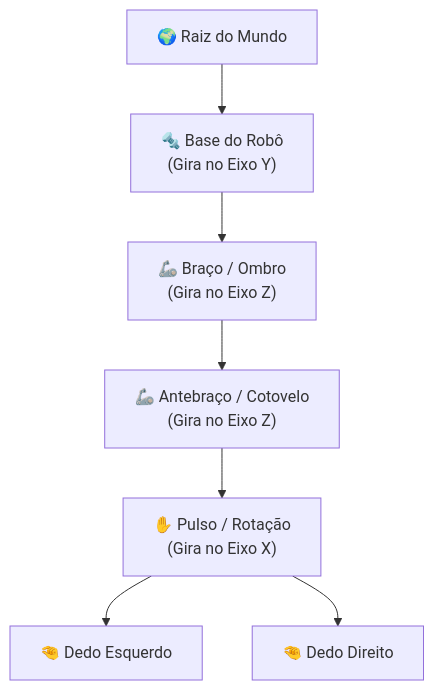
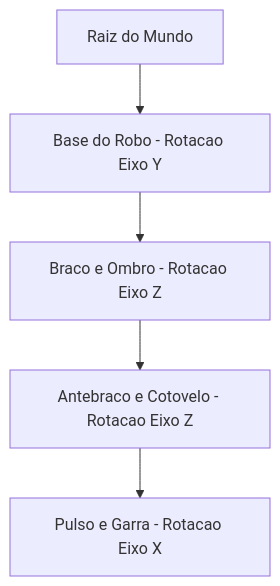
The diagram in docs/src/content/docs/hierarquia/grafos-de-cena-e-teoria.md (Gabriel-Freitas-S/CGPDI.StudyLab), drawn with Mermaid before and after one commit. The commit also changed other lines of this file and 35 other files, not shown here.

Commit message:
docs: aprimorar linguagem didatica e suporte nativo a diagramas Mermaid

````diff
--- a/docs/src/content/docs/hierarquia/grafos-de-cena-e-teoria.md
+++ b/docs/src/content/docs/hierarquia/grafos-de-cena-e-teoria.md
@@ -21,9 +19,7 @@
 ```mermaid
 graph TD
-    Root["🌍 Raiz do Mundo"] --> Base["🔩 Base do Robô\n(Gira no Eixo Y)"]
-    Base --> Ombro["🦾 Braço / Ombro\n(Gira no Eixo Z)"]
-    Ombro --> Cotovelo["🦾 Antebraço / Cotovelo\n(Gira no Eixo Z)"]
-    Cotovelo --> Pulso["✋ Pulso / Rotação\n(Gira no Eixo X)"]
-    Pulso --> GarraEsq["🤏 Dedo Esquerdo"]
-    Pulso --> GarraDir["🤏 Dedo Direito"]
+    Root[Raiz do Mundo] --> Base[Base do Robo - Rotacao Eixo Y]
+    Base --> Ombro[Braco e Ombro - Rotacao Eixo Z]
+    Ombro --> Cotovelo[Antebraco e Cotovelo - Rotacao Eixo Z]
+    Cotovelo --> Pulso[Pulso e Garra - Rotacao Eixo X]
 ```
````
